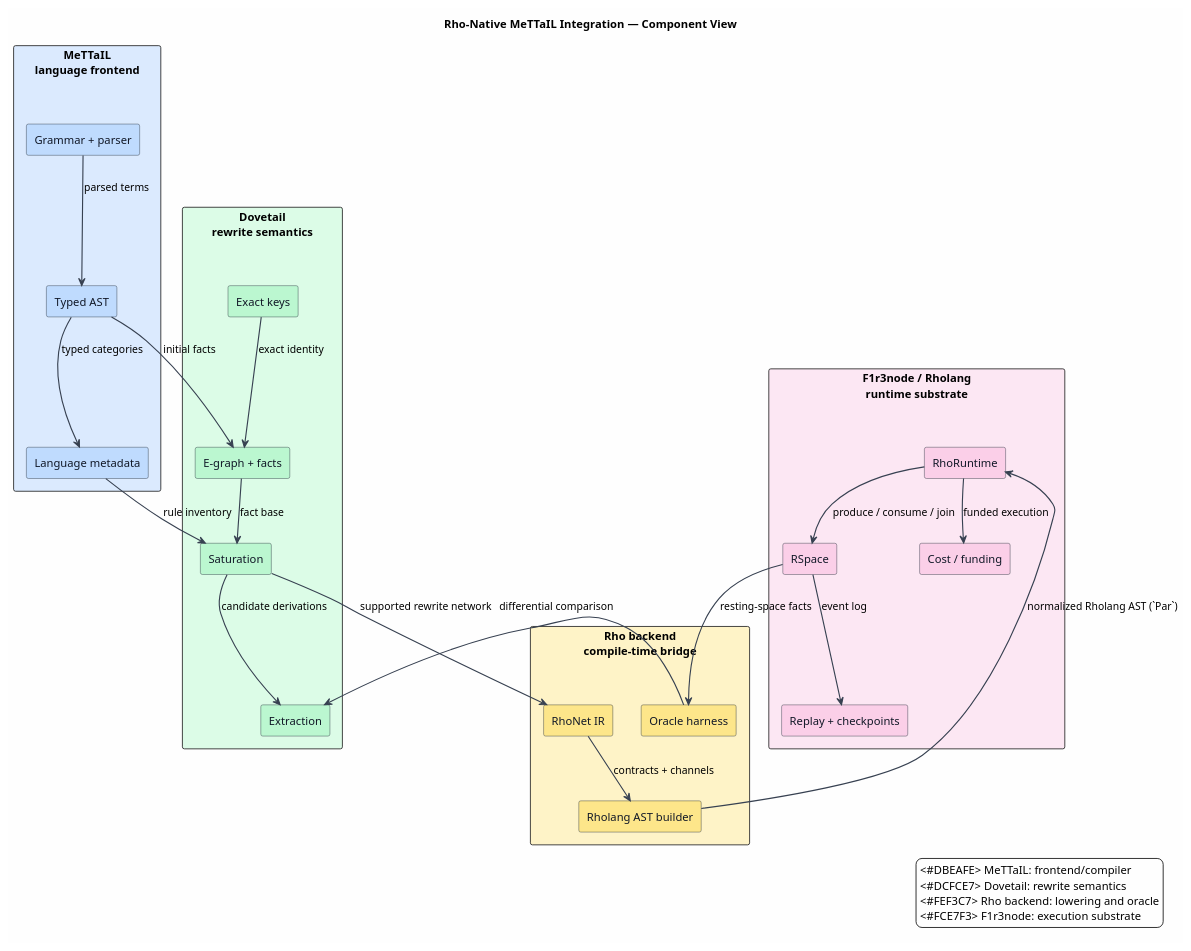
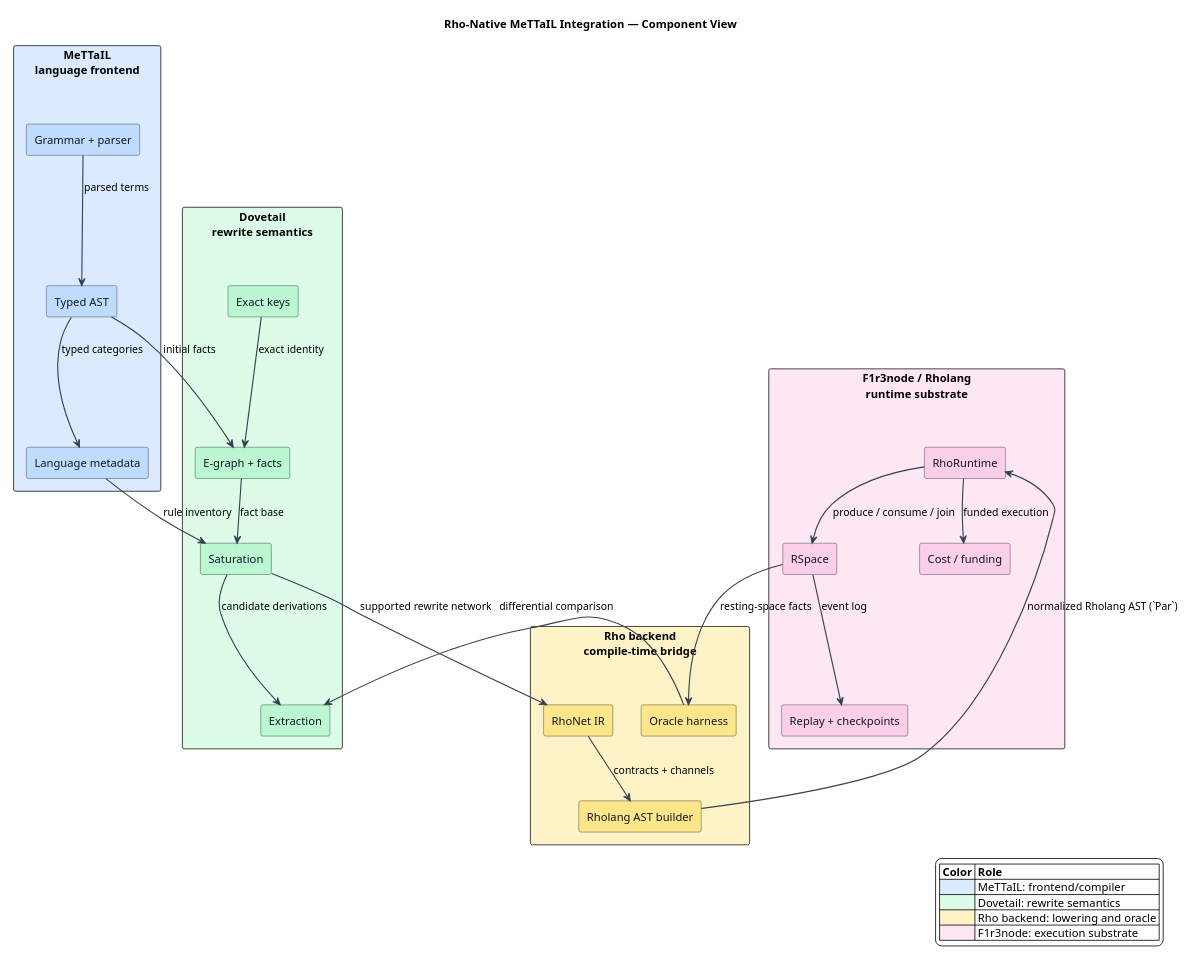
Before and after one commit to F1R3FLY-io/mettail-rust: the diagram in docs/architecture/rho-native-integration/figures/README.puml, drawn with PlantUML. The commit also changed 9 other files, not shown here.

```diff
--- a/docs/architecture/rho-native-integration/figures/README.puml
+++ b/docs/architecture/rho-native-integration/figures/README.puml
@@ -1,62 +1,63 @@
 @startuml
 title Rho-Native MeTTaIL Integration — Component View
 
 skinparam backgroundColor #FEFEFE
 skinparam componentStyle rectangle
 skinparam shadowing false
 skinparam ArrowColor #374151
 skinparam ArrowThickness 1.4
 skinparam component {
   BorderColor #1F2937
   FontColor #111827
 }
 
 rectangle "MeTTaIL\nlanguage frontend" as M #DBEAFE {
   component "Grammar + parser" as Parser #BFDBFE
   component "Typed AST" as AST #BFDBFE
   component "Language metadata" as Metadata #BFDBFE
 }
 
 rectangle "Dovetail\nrewrite semantics" as D #DCFCE7 {
   component "Exact keys" as Keys #BBF7D0
   component "E-graph + facts" as EGraph #BBF7D0
   component "Saturation" as Saturation #BBF7D0
   component "Extraction" as Extraction #BBF7D0
 }
 
 rectangle "Rho backend\ncompile-time bridge" as B #FEF3C7 {
   component "RhoNet IR" as RhoNet #FDE68A
   component "Rholang AST builder" as AstBuilder #FDE68A
   component "Oracle harness" as Oracle #FDE68A
 }
 
 rectangle "F1r3node / Rholang\nruntime substrate" as F #FCE7F3 {
   component "RhoRuntime" as Runtime #FBCFE8
   component "RSpace" as RSpace #FBCFE8
   component "Replay + checkpoints" as Replay #FBCFE8
   component "Cost / funding" as Cost #FBCFE8
 }
 
 Parser --> AST : parsed terms
 AST --> Metadata : typed categories
 AST --> EGraph : initial facts
 Metadata --> Saturation : rule inventory
 Keys --> EGraph : exact identity
 EGraph --> Saturation : fact base
 Saturation --> Extraction : candidate derivations
 Saturation --> RhoNet : supported rewrite network
 RhoNet --> AstBuilder : contracts + channels
 AstBuilder --> Runtime : normalized Rholang AST (`Par`)
 Runtime --> RSpace : produce / consume / join
 RSpace --> Replay : event log
 Runtime --> Cost : funded execution
 RSpace --> Oracle : resting-space facts
 Oracle --> Extraction : differential comparison
 
 legend right
-  <#DBEAFE> MeTTaIL: frontend/compiler
-  <#DCFCE7> Dovetail: rewrite semantics
-  <#FEF3C7> Rho backend: lowering and oracle
-  <#FCE7F3> F1r3node: execution substrate
+|= Color |= Role |
+|<#DBEAFE> | MeTTaIL: frontend/compiler |
+|<#DCFCE7> | Dovetail: rewrite semantics |
+|<#FEF3C7> | Rho backend: lowering and oracle |
+|<#FCE7F3> | F1r3node: execution substrate |
 endlegend
 @enduml
```
